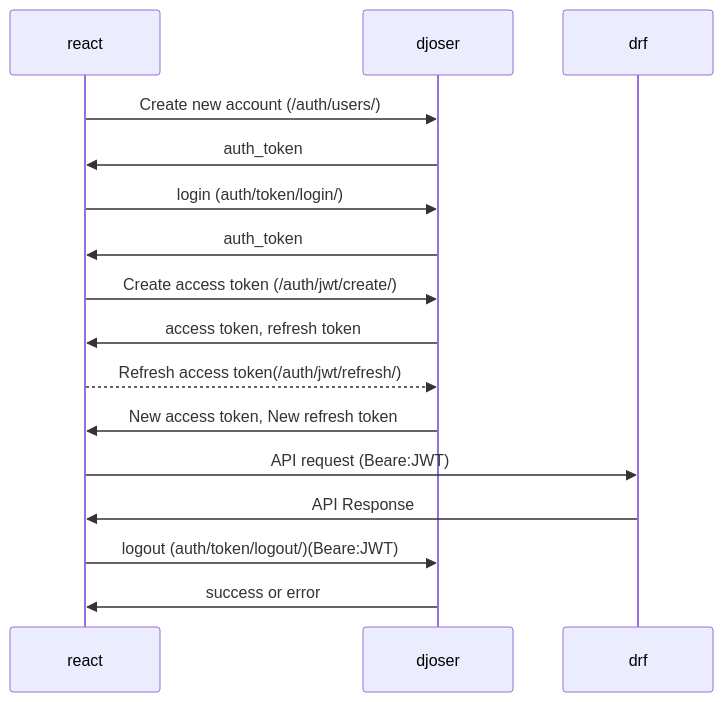
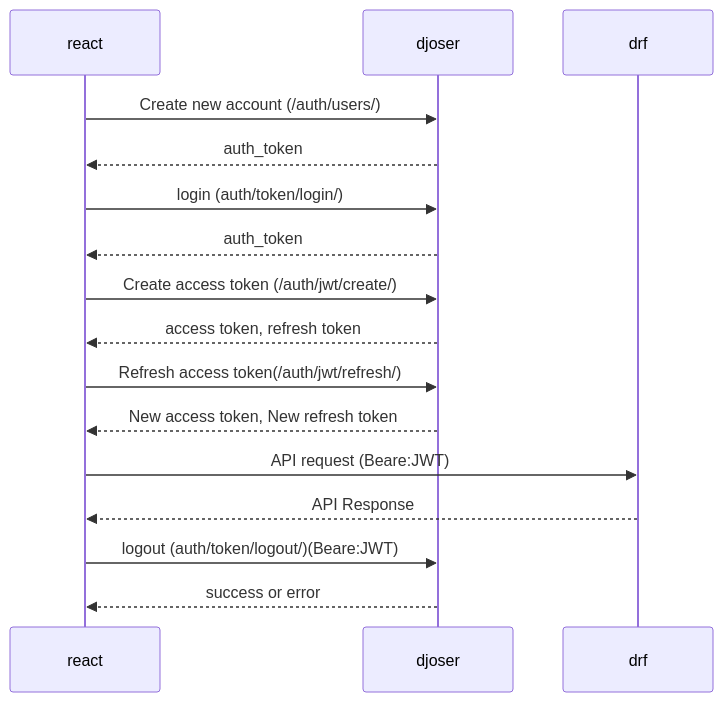
The diagram in README.md (zutomayo147/Novel), drawn with Mermaid before and after one commit. The commit also changed 33 other files, not shown here.

````diff
--- a/README.md
+++ b/README.md
@@ -62,21 +62,21 @@
 ```mermaid
 sequenceDiagram
     react->>djoser: Create new account (/auth/users/)
-    djoser->>react: auth_token
+    djoser-->>react: auth_token
 
     react->>djoser: login (auth/token/login/)
-    djoser->>react: auth_token
+    djoser-->>react: auth_token
 
     react->>djoser: Create access token (/auth/jwt/create/)
-    djoser->>react: access token, refresh token
+    djoser-->>react: access token, refresh token
 
-    react-->>djoser: Refresh access token(/auth/jwt/refresh/)
-    djoser->>react: New access token, New refresh token
+    react->>djoser: Refresh access token(/auth/jwt/refresh/)
+    djoser-->>react: New access token, New refresh token
 
     react->>drf: API request (Beare:JWT)
-    drf->>react: API Response
+    drf-->>react: API Response
 
     react->>djoser: logout (auth/token/logout/)(Beare:JWT)
-    djoser->>react: success or error
+    djoser-->>react: success or error
 
 ```
````
